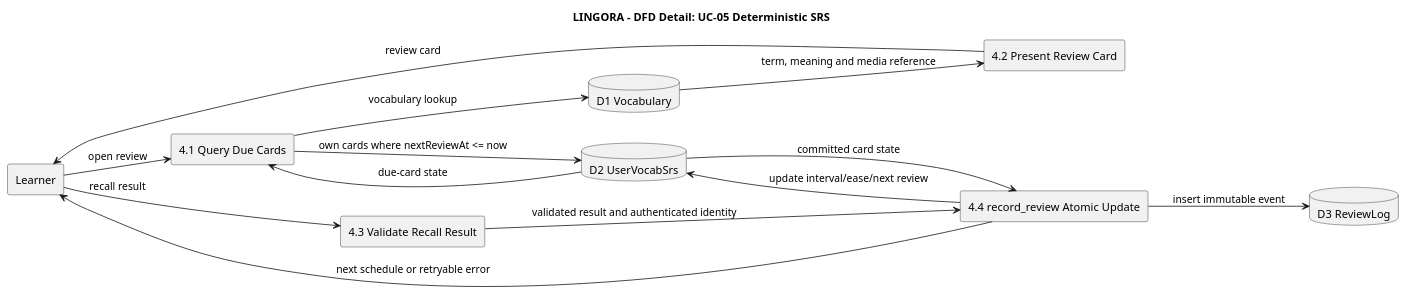
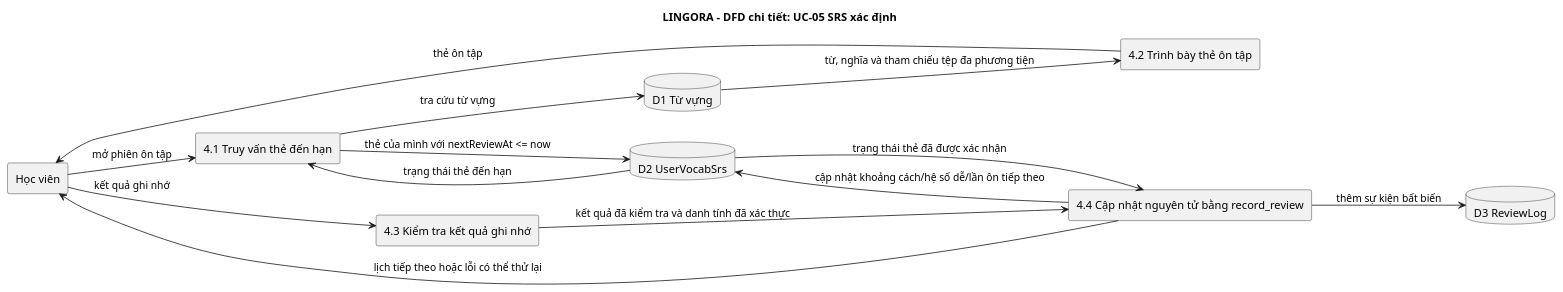
One commit to PhamNguyenThanhTung/lingora-workspace changed the diagram in docs/plantuml/dfd-srs.puml. Above: the diagram before and after it, drawn with PlantUML. The commit also changed 25 other files, not shown here.

Commit message:
docs: vietnamize PlantUML diagrams

```diff
--- a/docs/plantuml/dfd-srs.puml
+++ b/docs/plantuml/dfd-srs.puml
@@ -1,27 +1,27 @@
 @startuml
-title LINGORA - DFD Detail: UC-05 Deterministic SRS
+title LINGORA - DFD chi tiết: UC-05 SRS xác định
 left to right direction
 skinparam shadowing false
 
-rectangle Learner
-rectangle "4.1 Query Due Cards" as P41
-rectangle "4.2 Present Review Card" as P42
-rectangle "4.3 Validate Recall Result" as P43
-rectangle "4.4 record_review Atomic Update" as P44
-database "D1 Vocabulary" as Vocabulary
+rectangle "Học viên" as Learner
+rectangle "4.1 Truy vấn thẻ đến hạn" as P41
+rectangle "4.2 Trình bày thẻ ôn tập" as P42
+rectangle "4.3 Kiểm tra kết quả ghi nhớ" as P43
+rectangle "4.4 Cập nhật nguyên tử bằng record_review" as P44
+database "D1 Từ vựng" as Vocabulary
 database "D2 UserVocabSrs" as Srs
 database "D3 ReviewLog" as Logs
 
-Learner --> P41 : open review
-P41 --> Srs : own cards where nextReviewAt <= now
-Srs --> P41 : due-card state
-P41 --> Vocabulary : vocabulary lookup
-Vocabulary --> P42 : term, meaning and media reference
-P42 --> Learner : review card
-Learner --> P43 : recall result
-P43 --> P44 : validated result and authenticated identity
-P44 --> Logs : insert immutable event
-P44 --> Srs : update interval/ease/next review
-Srs --> P44 : committed card state
-P44 --> Learner : next schedule or retryable error
+Learner --> P41 : mở phiên ôn tập
+P41 --> Srs : thẻ của mình với nextReviewAt <= now
+Srs --> P41 : trạng thái thẻ đến hạn
+P41 --> Vocabulary : tra cứu từ vựng
+Vocabulary --> P42 : từ, nghĩa và tham chiếu tệp đa phương tiện
+P42 --> Learner : thẻ ôn tập
+Learner --> P43 : kết quả ghi nhớ
+P43 --> P44 : kết quả đã kiểm tra và danh tính đã xác thực
+P44 --> Logs : thêm sự kiện bất biến
+P44 --> Srs : cập nhật khoảng cách/hệ số dễ/lần ôn tiếp theo
+Srs --> P44 : trạng thái thẻ đã được xác nhận
+P44 --> Learner : lịch tiếp theo hoặc lỗi có thể thử lại
 @enduml
```
